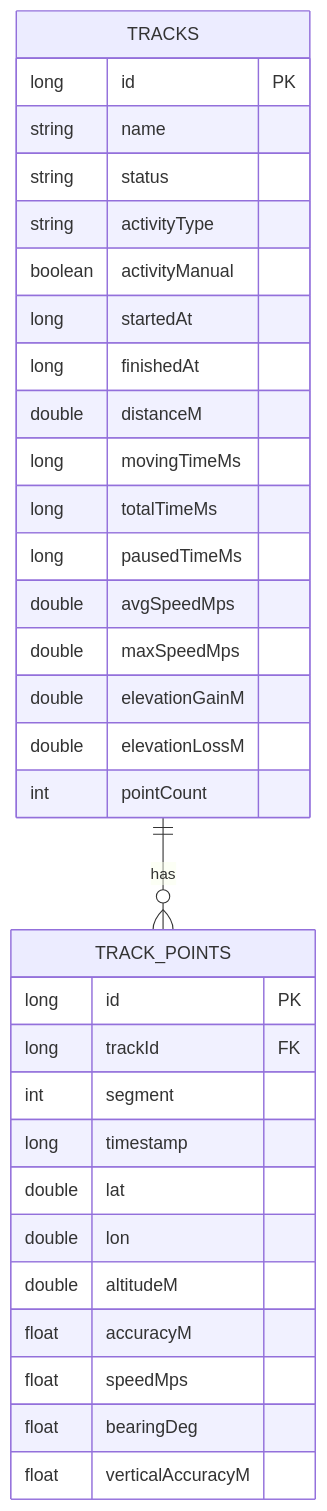
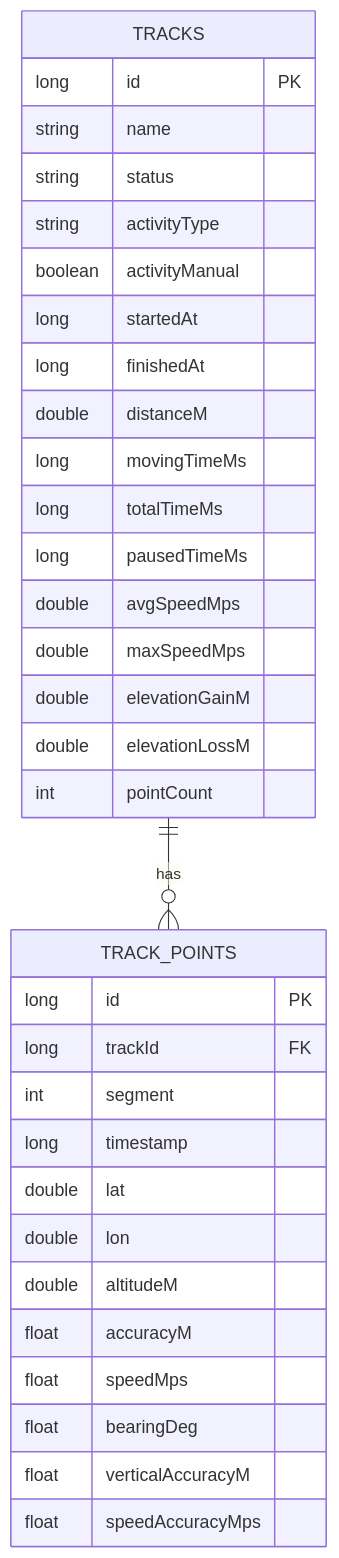
Before and after one commit to AlexanderSwift89/JustTracker: the third of 4 diagrams in docs/05_architecture.md, drawn with Mermaid. The commit also changed other lines of this file and 13 other files, not shown here.

````diff
--- a/docs/05_architecture.md
+++ b/docs/05_architecture.md
@@ -144,35 +144,36 @@
 ```mermaid
 erDiagram
   TRACKS ||--o{ TRACK_POINTS : has
   TRACKS {
     long id PK
     string name
     string status
     string activityType
     boolean activityManual
     long startedAt
     long finishedAt
     double distanceM
     long movingTimeMs
     long totalTimeMs
     long pausedTimeMs
     double avgSpeedMps
     double maxSpeedMps
     double elevationGainM
     double elevationLossM
     int pointCount
   }
   TRACK_POINTS {
     long id PK
     long trackId FK
     int segment
     long timestamp
     double lat
     double lon
     double altitudeM
     float accuracyM
     float speedMps
     float bearingDeg
     float verticalAccuracyM
+    float speedAccuracyMps
   }
 ```
````
